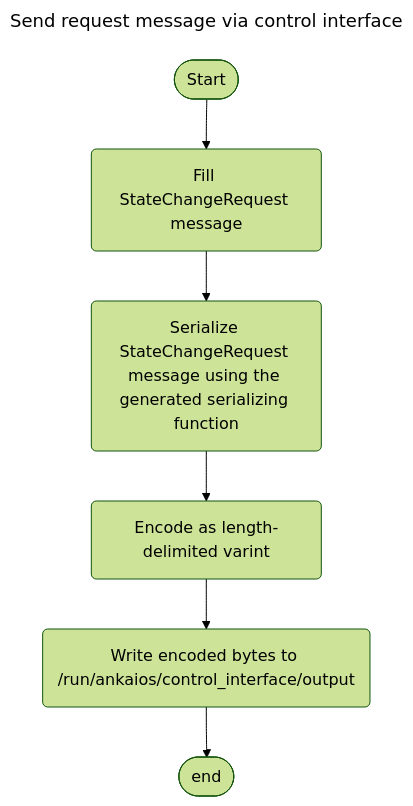
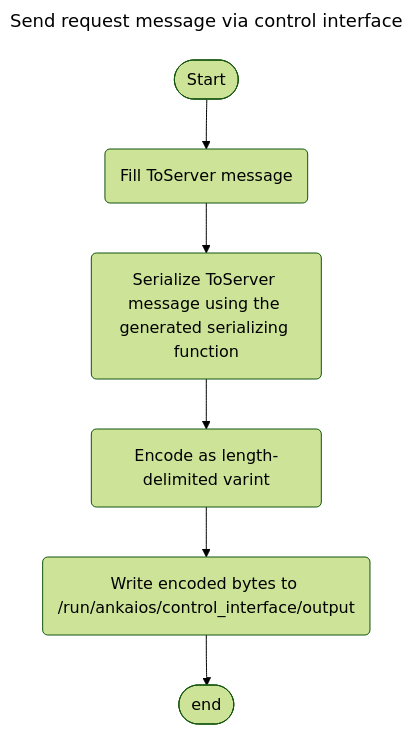
Before and after one commit to eclipse-ankaios/ankaios: the fourth of 5 diagrams in doc/docs/reference/control-interface.md, drawn with Mermaid (forest theme). The commit also changed other lines of this file and 1 other file, not shown here.

````diff
--- a/doc/docs/reference/control-interface.md
+++ b/doc/docs/reference/control-interface.md
@@ -86,18 +86,18 @@
 ```mermaid
 ---
 title: Send request message via control interface
 ---
 flowchart TD
     begin([Start])
-    req_msg(Fill StateChangeRequest message)
-    ser_msg(Serialize StateChangeRequest message using the generated serializing function)
+    req_msg(Fill ToServer message)
+    ser_msg(Serialize ToServer message using the generated serializing function)
     enc_bytes(Encode as length-delimited varint)
     output("Write encoded bytes to /run/ankaios/control_interface/output")
     fin([end])
 
     begin --> req_msg
     req_msg --> ser_msg
     ser_msg -->enc_bytes
     enc_bytes --> output
     output --> fin
 ```
````
